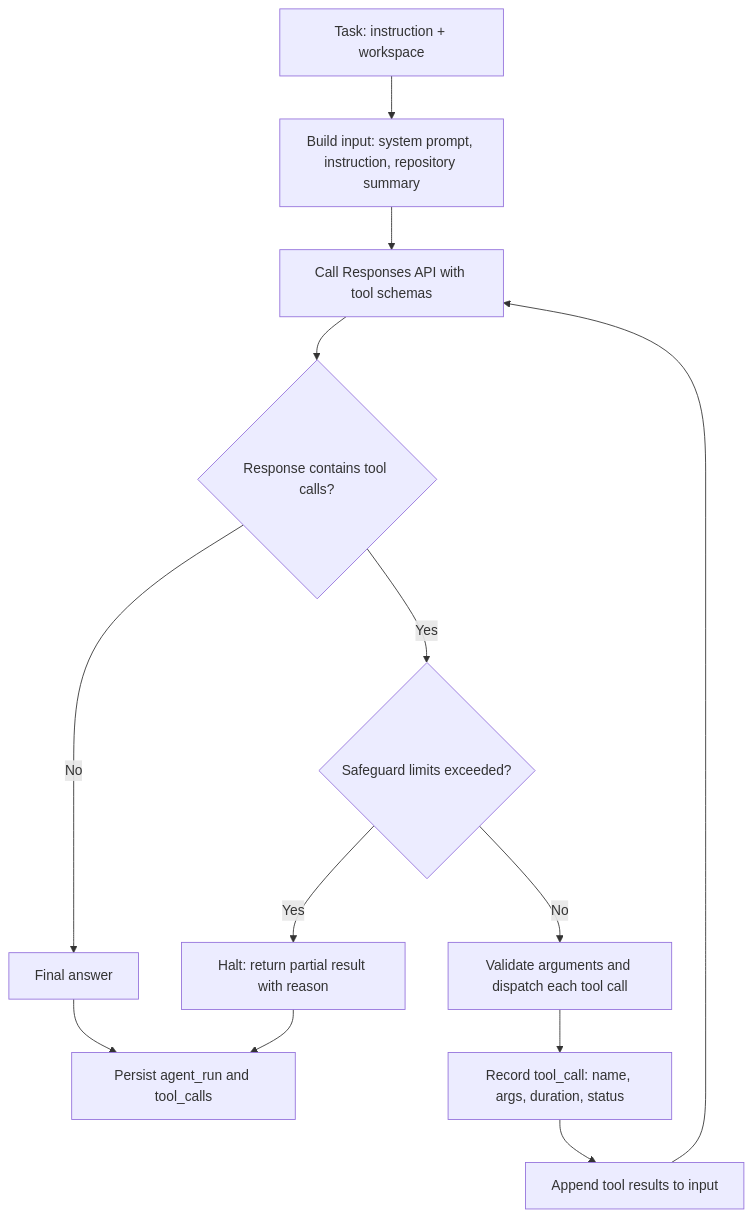
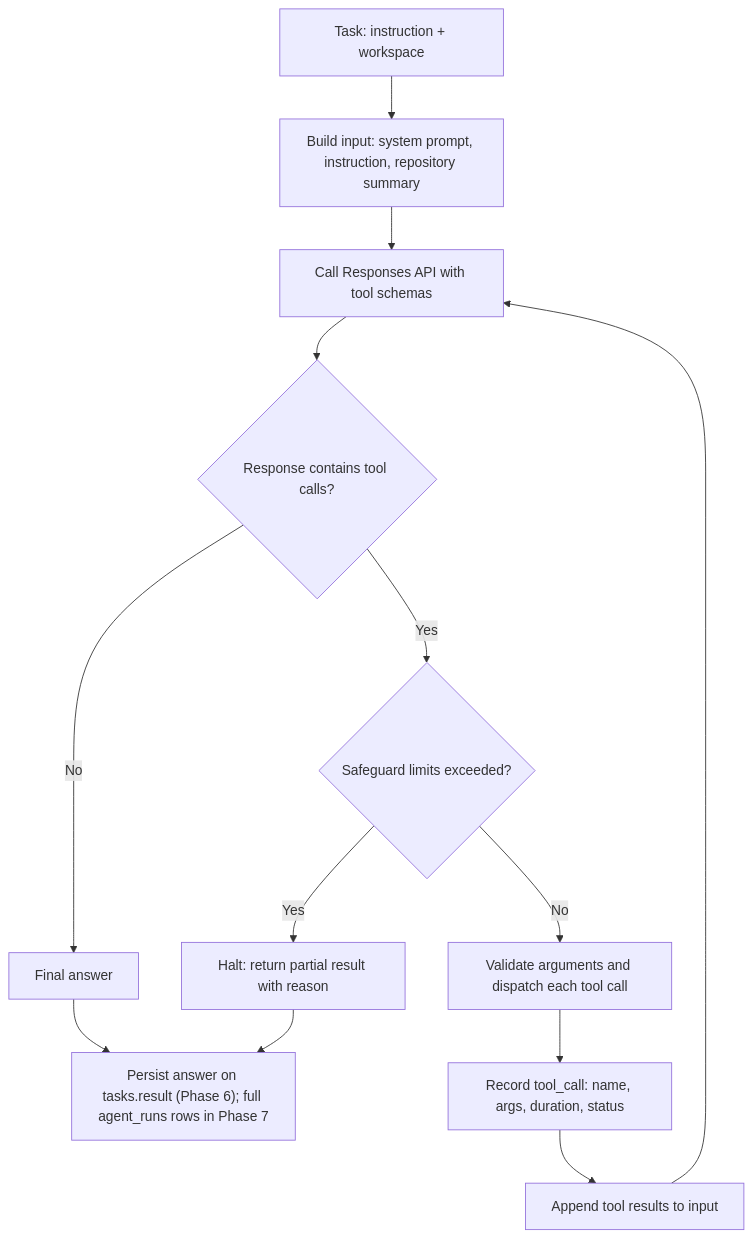
The diagram in docs/agent-design.md (eli22443/ai-agent-platform), drawn with Mermaid before and after one commit. The commit also changed 5 other files, not shown here.

````diff
--- a/docs/agent-design.md
+++ b/docs/agent-design.md
@@ -15,15 +15,15 @@
 ```mermaid
 flowchart TD
     Start["Task: instruction + workspace"] --> Build["Build input: system prompt, instruction, repository summary"]
     Build --> Call["Call Responses API with tool schemas"]
     Call --> Inspect{"Response contains tool calls?"}
     Inspect -->|No| Final["Final answer"]
     Inspect -->|Yes| Guard{"Safeguard limits exceeded?"}
     Guard -->|Yes| Halt["Halt: return partial result with reason"]
     Guard -->|No| Dispatch["Validate arguments and dispatch each tool call"]
     Dispatch --> Record["Record tool_call: name, args, duration, status"]
     Record --> Feed["Append tool results to input"]
     Feed --> Call
-    Final --> Persist["Persist agent_run and tool_calls"]
+    Final --> Persist["Persist answer on tasks.result (Phase 6); full agent_runs rows in Phase 7"]
     Halt --> Persist
 ```
````
